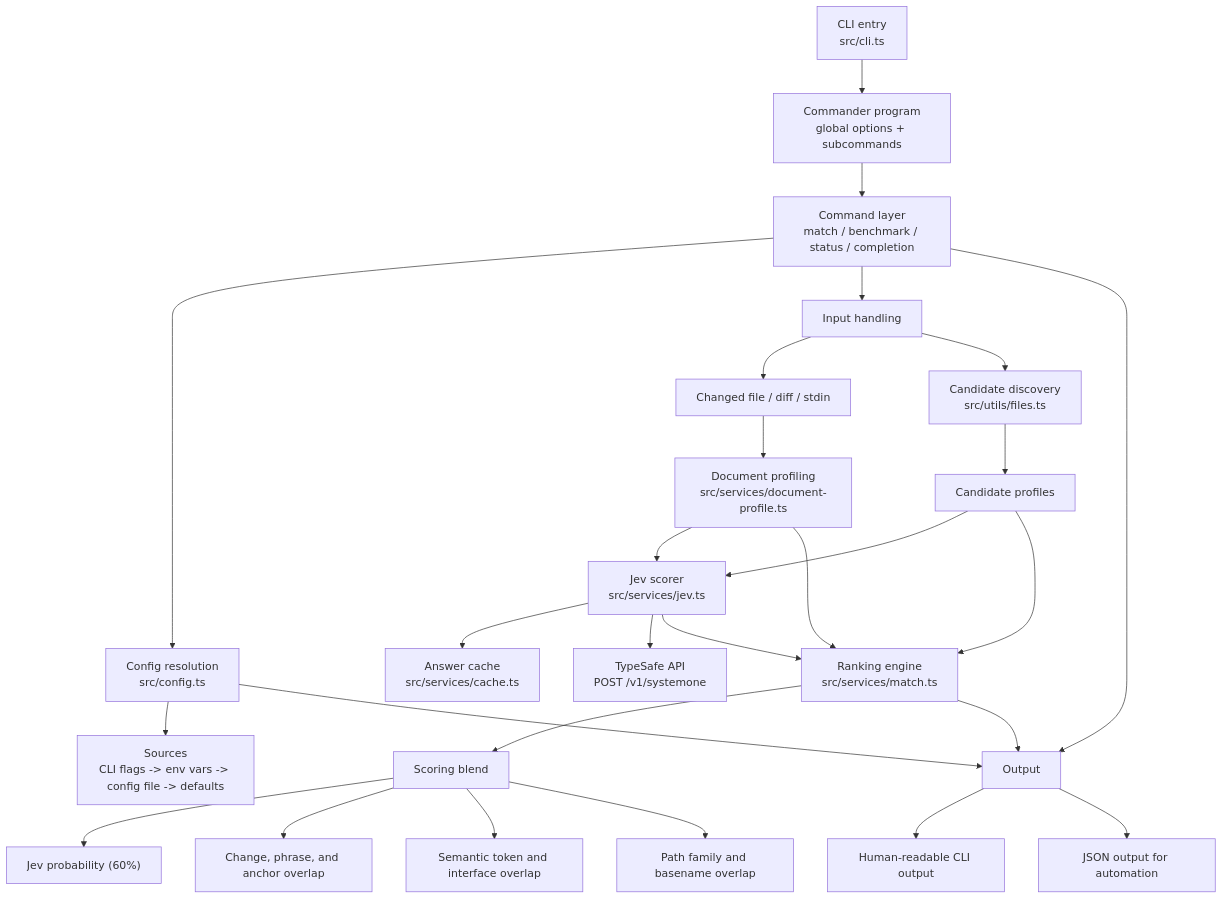
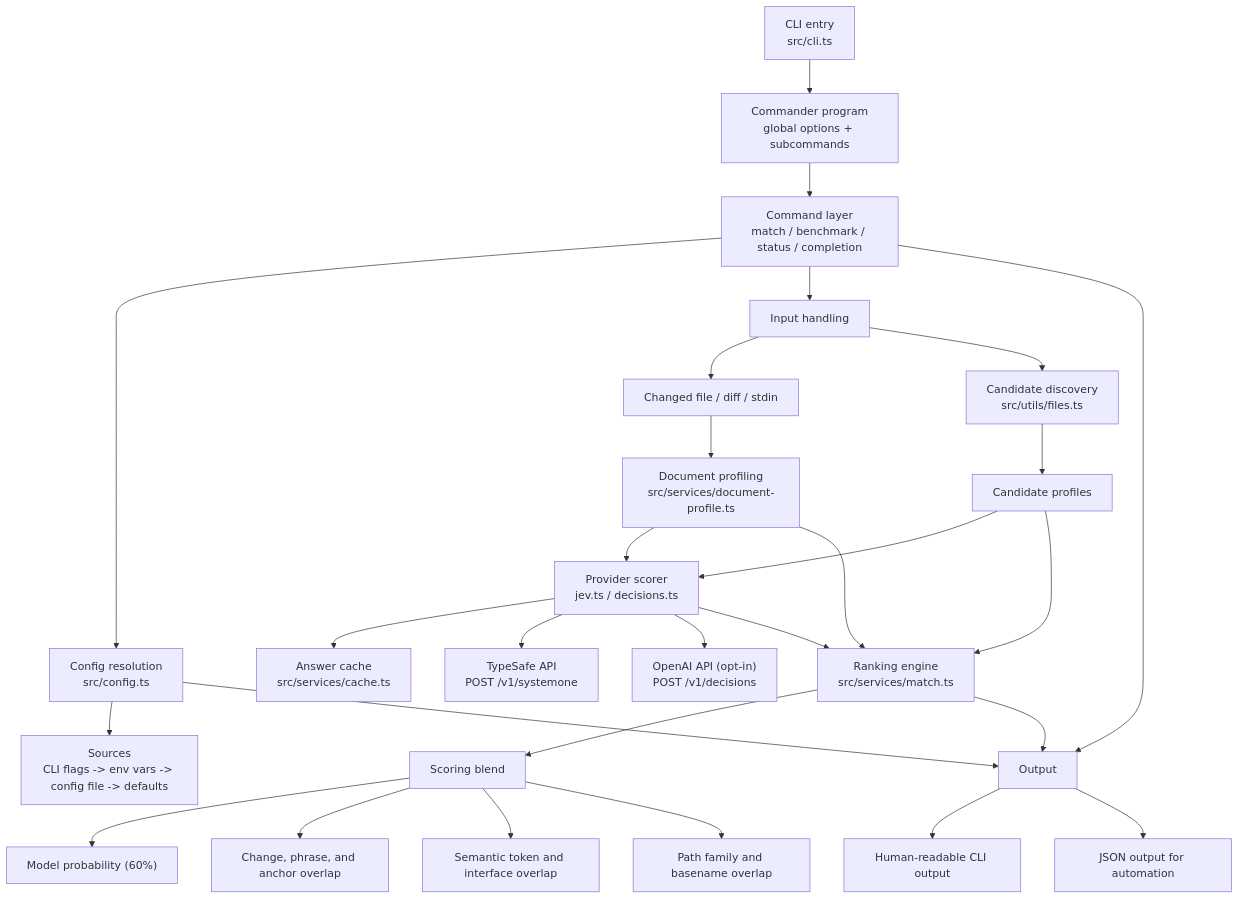
One commit to JustasMonkev/semantic-test-matcher changed the diagram in README.md. Above: the diagram before and after it, drawn with Mermaid. The commit also changed other lines of this file and 27 other files, not shown here.

Commit message:
Add OpenAI Decisions ranking and fallback

````diff
--- a/README.md
+++ b/README.md
@@ -25,36 +26,37 @@
 ```mermaid
 flowchart TD
     A["CLI entry<br/>src/cli.ts"] --> B["Commander program<br/>global options + subcommands"]
     B --> C["Command layer<br/>match / benchmark / status / completion"]
 
     C --> D["Config resolution<br/>src/config.ts"]
     D --> D1["Sources<br/>CLI flags -> env vars -> config file -> defaults"]
 
     C --> E["Input handling"]
     E --> E1["Changed file / diff / stdin"]
     E --> E2["Candidate discovery<br/>src/utils/files.ts"]
 
     E1 --> F["Document profiling<br/>src/services/document-profile.ts"]
     E2 --> F2["Candidate profiles"]
 
-    F --> G["Jev scorer<br/>src/services/jev.ts"]
+    F --> G["Provider scorer<br/>jev.ts / decisions.ts"]
     F2 --> G
     G --> H["Answer cache<br/>src/services/cache.ts"]
     G --> I["TypeSafe API<br/>POST /v1/systemone"]
+    G --> J["OpenAI API (opt-in)<br/>POST /v1/decisions"]
 
     G --> K["Ranking engine<br/>src/services/match.ts"]
     F --> K
     F2 --> K
 
     K --> L["Scoring blend"]
-    L --> L1["Jev probability (60%)"]
+    L --> L1["Model probability (60%)"]
     L --> L2["Change, phrase, and anchor overlap"]
     L --> L3["Semantic token and interface overlap"]
     L --> L4["Path family and basename overlap"]
 
     C --> M["Output"]
     K --> M
     D --> M
     M --> M1["Human-readable CLI output"]
     M --> M2["JSON output for automation"]
 ```
````
